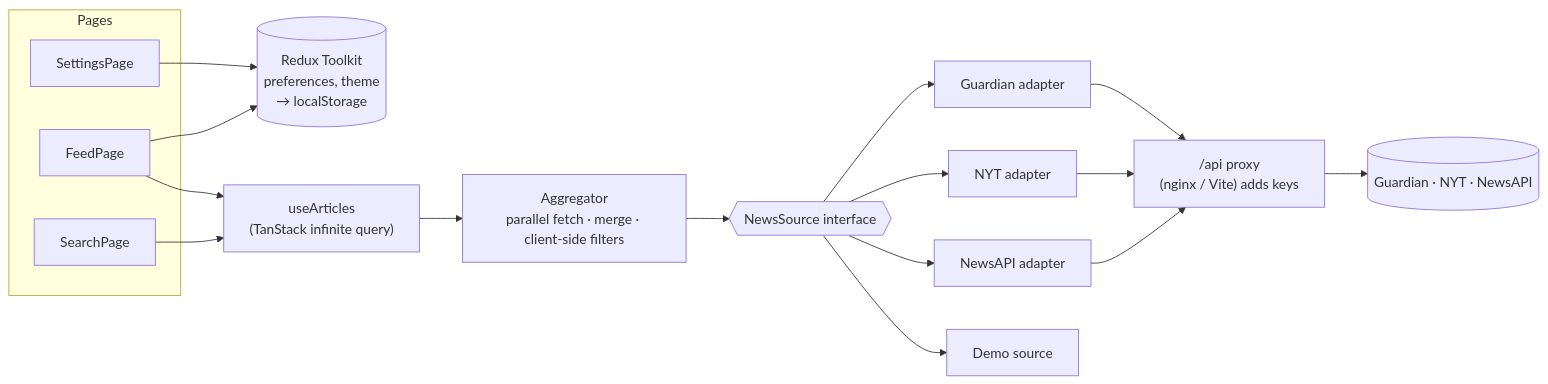
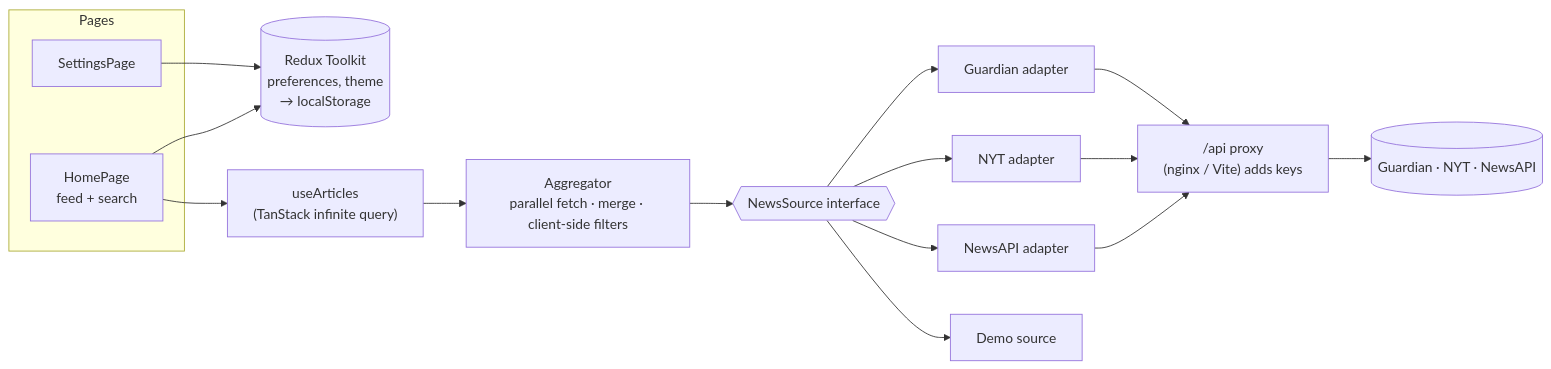
One commit to serprok9694/innoscripta-case-study changed the diagram in README.md. Above: the diagram before and after it, drawn with Mermaid. The commit also changed other lines of this file and 58 other files, not shown here.

````diff
--- a/README.md
+++ b/README.md
@@ -88,23 +98,22 @@
 ```mermaid
 flowchart LR
   subgraph UI["Pages"]
-    Feed[FeedPage]
-    Search[SearchPage]
+    Home["HomePage<br/>feed + search"]
     Settings[SettingsPage]
   end
   Redux[("Redux Toolkit<br/>preferences, theme<br/>→ localStorage")]
   Hook["useArticles<br/>(TanStack infinite query)"]
   Agg["Aggregator<br/>parallel fetch · merge · client-side filters"]
   Contract{{"NewsSource interface"}}
   G[Guardian adapter]
   N[NYT adapter]
   A[NewsAPI adapter]
   D[Demo source]
   Proxy["/api proxy<br/>(nginx / Vite) adds keys"]
 
   Settings --> Redux
-  Feed --> Redux
-  Feed & Search --> Hook --> Agg --> Contract
+  Home --> Redux
+  Home --> Hook --> Agg --> Contract
   Contract --> G & N & A & D
   G & N & A --> Proxy --> APIs[(Guardian · NYT · NewsAPI)]
 ```
````
